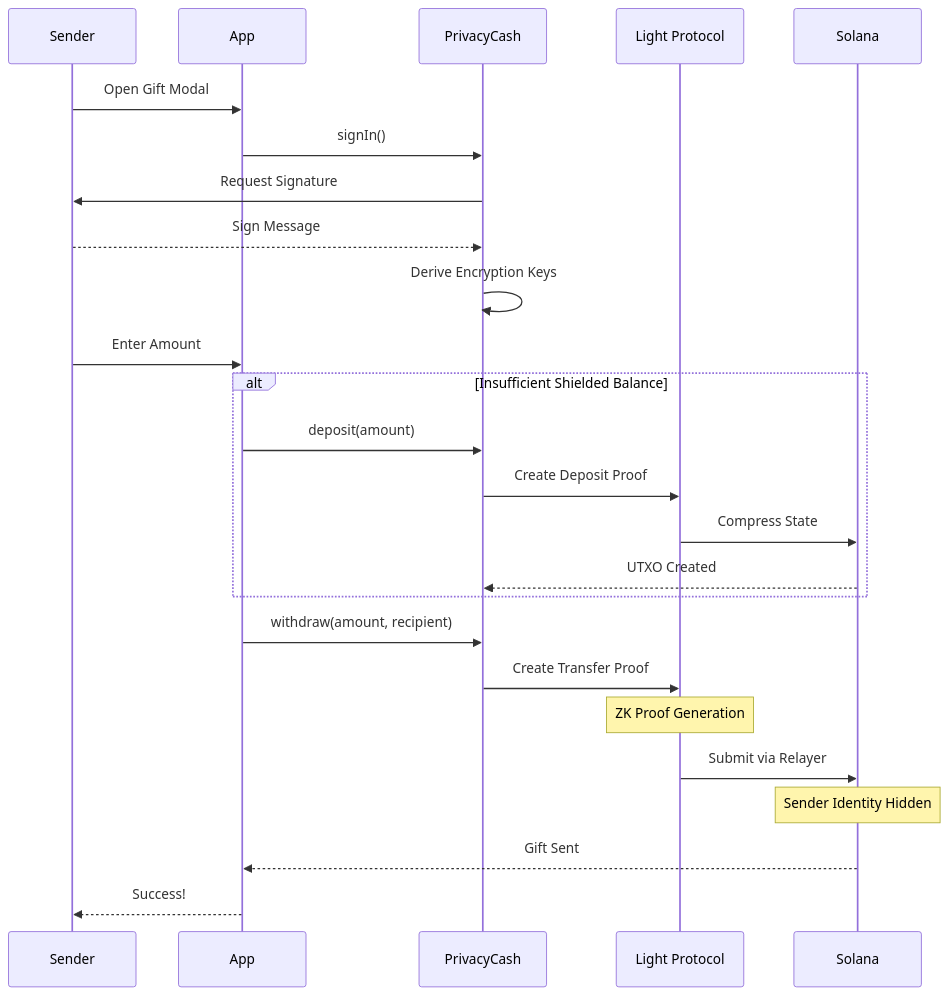
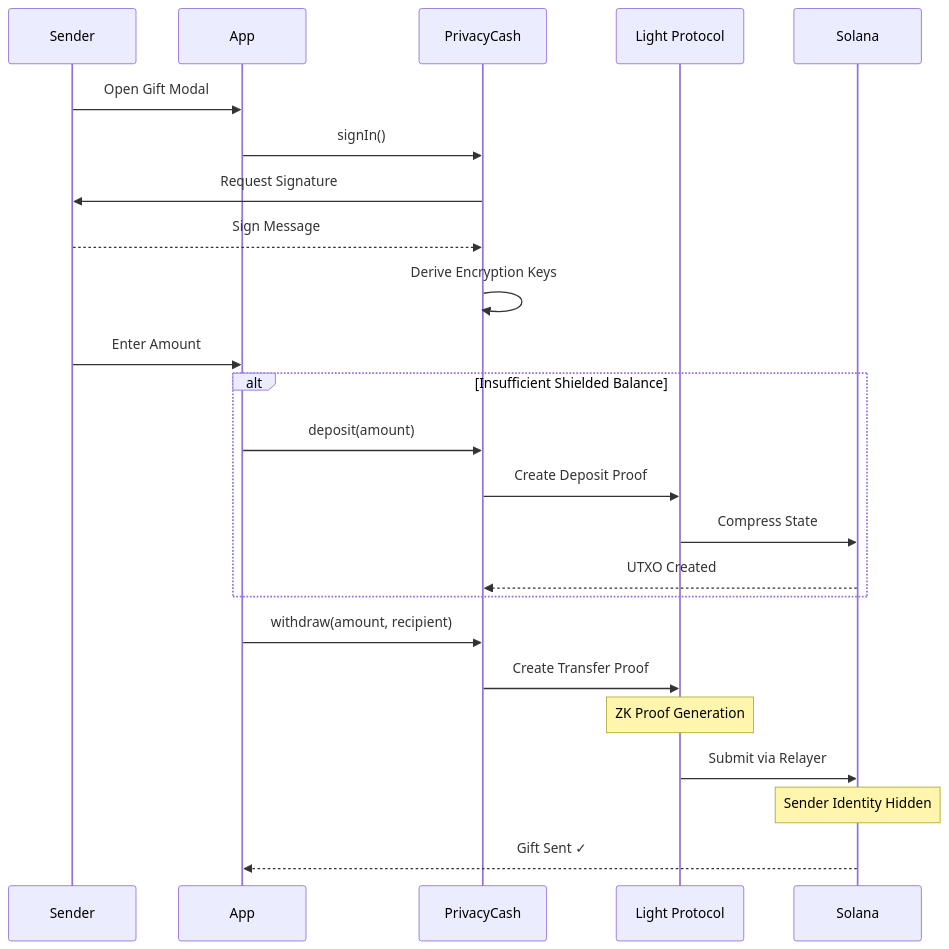
Diagram 11 of 12 in ARCHITECTURE.md (bri-anadi/frequencii), drawn with Mermaid before and after one commit. The commit also changed other lines of this file and 1 other file, not shown here.

````diff
--- a/ARCHITECTURE.md
+++ b/ARCHITECTURE.md
@@ -200,31 +460,30 @@
 ```mermaid
 sequenceDiagram
     participant Sender as Sender
     participant App as App
     participant Privacy as PrivacyCash
     participant Light as Light Protocol
     participant Solana as Solana
 
     Sender->>App: Open Gift Modal
     App->>Privacy: signIn()
     Privacy->>Sender: Request Signature
     Sender-->>Privacy: Sign Message
     Privacy->>Privacy: Derive Encryption Keys
 
     Sender->>App: Enter Amount
 
     alt Insufficient Shielded Balance
         App->>Privacy: deposit(amount)
         Privacy->>Light: Create Deposit Proof
         Light->>Solana: Compress State
         Solana-->>Privacy: UTXO Created
     end
 
     App->>Privacy: withdraw(amount, recipient)
     Privacy->>Light: Create Transfer Proof
     Note over Light: ZK Proof Generation
     Light->>Solana: Submit via Relayer
     Note over Solana: Sender Identity Hidden
-    Solana-->>App: Gift Sent
-    App-->>Sender: Success!
+    Solana-->>App: Gift Sent ✓
 ```
````
